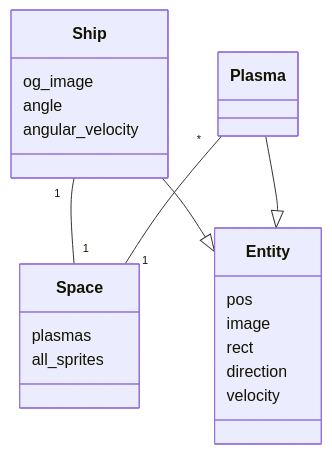
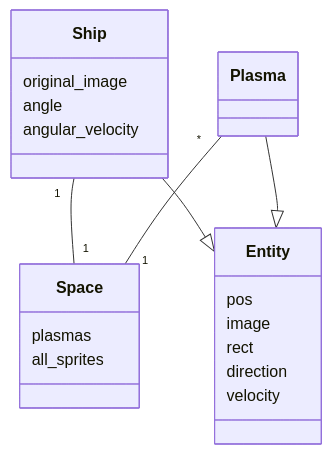
One commit to tjunttil/ot-harjoitustyo changed the diagram in dokumentaatio/arkkitehtuuri.md. Above: the diagram before and after it, drawn with Mermaid.

````diff
--- a/dokumentaatio/arkkitehtuuri.md
+++ b/dokumentaatio/arkkitehtuuri.md
@@ -1,25 +1,25 @@
 ```mermaid
  classDiagram
       Ship "1" -- "1" Space
       Plasma "*" -- "1" Space
       Ship --|> Entity
       Plasma --|> Entity
       class Entity{
           pos
           image
           rect
           direction
           velocity
       }
       class Ship{
-          og_image
+          original_image
           angle
           angular_velocity
       }
       class Plasma{
       }
       class Space{
           plasmas
           all_sprites
       }
 ```
````
